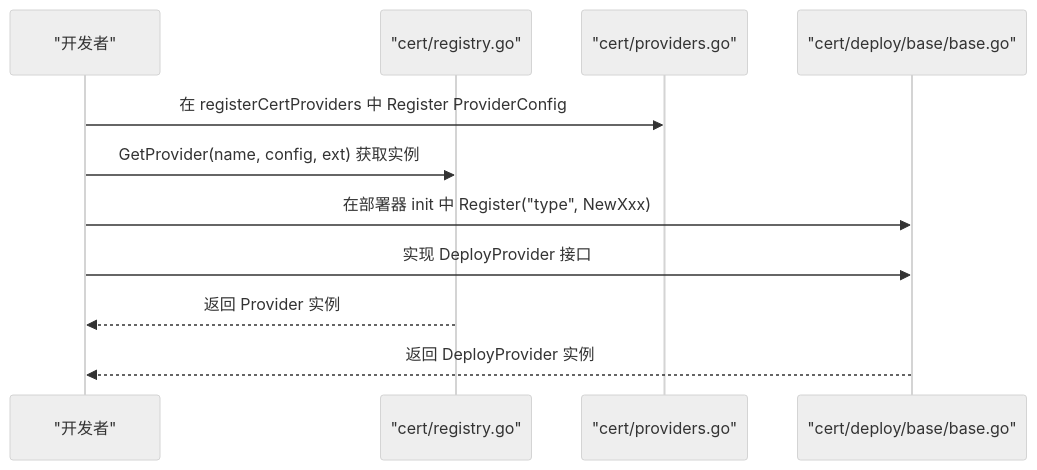
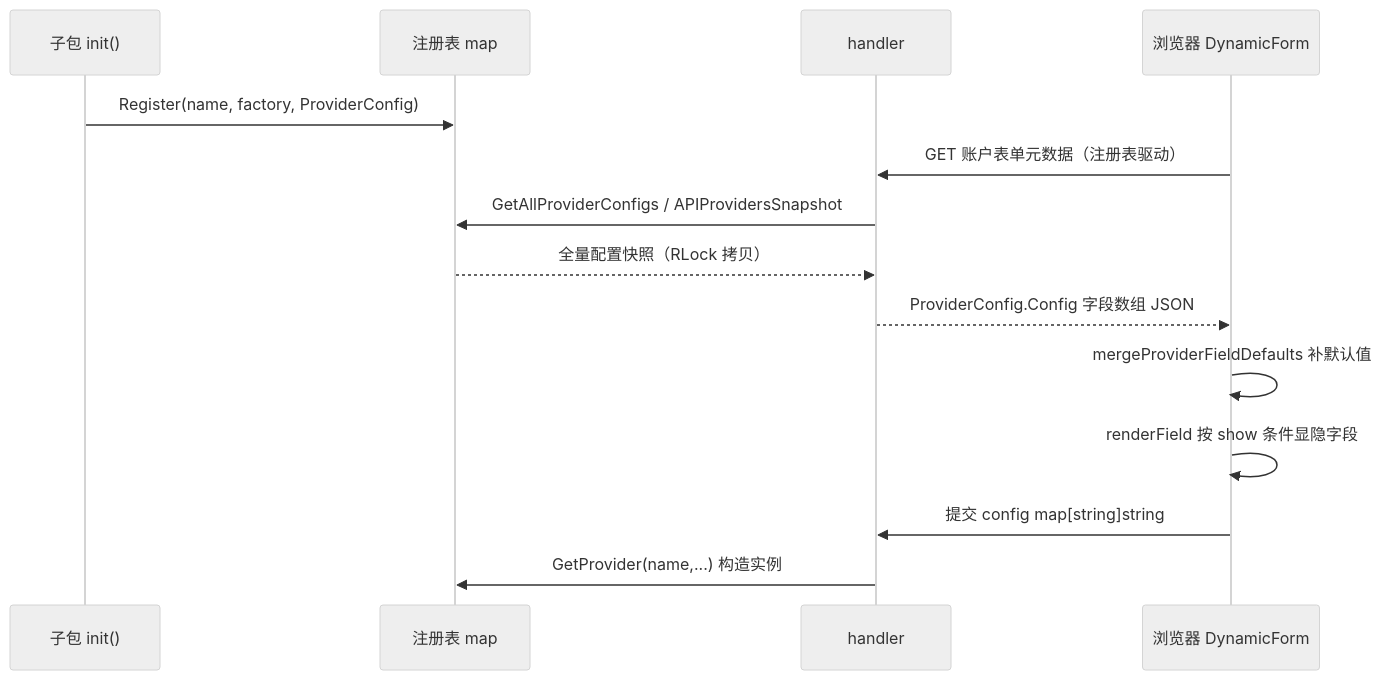
Before and after one commit to x01n/dnsplane: the second of 4 diagrams in docs/扩展开发/扩展开发.md, drawn with Mermaid (neutral theme). The commit also changed other lines of this file and 326 other files, not shown here.

````diff
--- a/docs/扩展开发/扩展开发.md
+++ b/docs/扩展开发/扩展开发.md
@@ -319,13 +181,16 @@
 ```mermaid
 sequenceDiagram
-participant Dev as "开发者"
-participant Reg as "cert/registry.go"
-participant Prov as "cert/providers.go"
-participant Dep as "cert/deploy/base/base.go"
-Dev->>Prov : 在 registerCertProviders 中 Register ProviderConfig
-Dev->>Reg : GetProvider(name, config, ext) 获取实例
-Dev->>Dep : 在部署器 init 中 Register("type", NewXxx)
-Dev->>Dep : 实现 DeployProvider 接口
-Reg-->>Dev : 返回 Provider 实例
-Dep-->>Dev : 返回 DeployProvider 实例
+participant Go as 子包 init()
+participant RG as 注册表 map
+participant H as handler
+participant W as 浏览器 DynamicForm
+Go->>RG : Register(name, factory, ProviderConfig)
+W->>H : GET 账户表单元数据（注册表驱动）
+H->>RG : GetAllProviderConfigs / APIProvidersSnapshot
+RG-->>H : 全量配置快照（RLock 拷贝）
+H-->>W : ProviderConfig.Config 字段数组 JSON
+W->>W : mergeProviderFieldDefaults 补默认值
+W->>W : renderField 按 show 条件显隐字段
+W->>H : 提交 config map[string]string
+H->>RG : GetProvider(name,...) 构造实例
 ```
````
